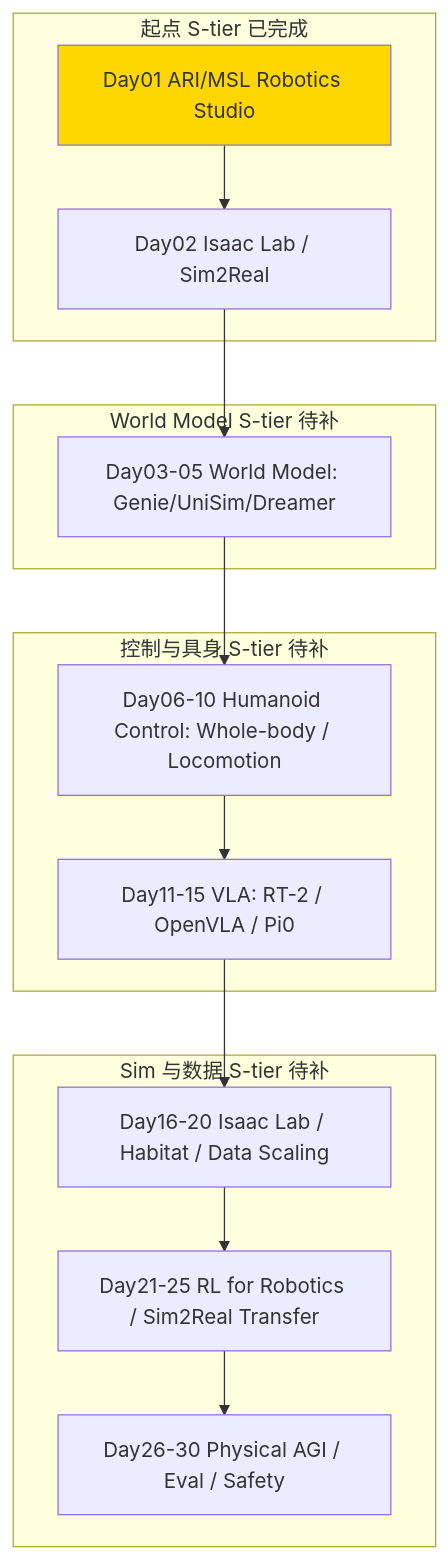
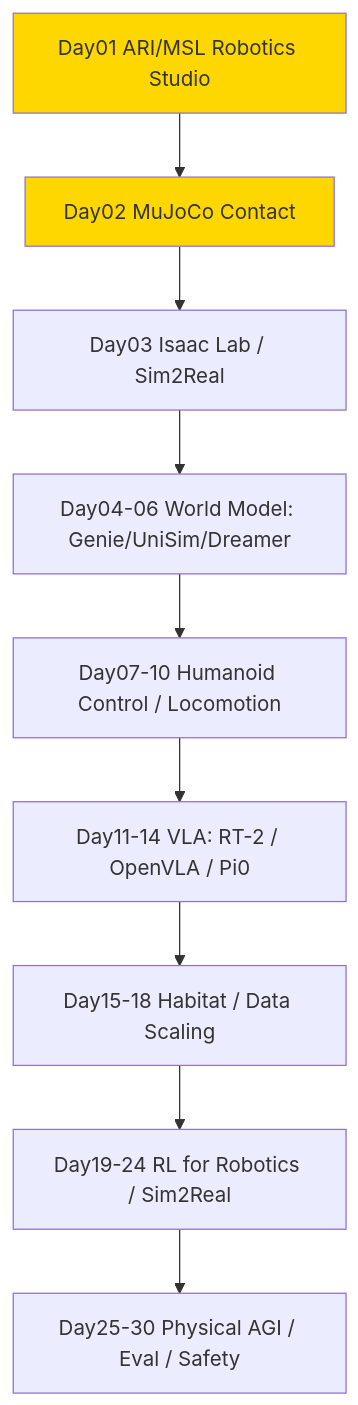
Before and after one commit to Papa-Panda/post-training: the diagram in physical-ai/README.md, drawn with Mermaid. The commit also changed other lines of this file and 5 other files, not shown here.

````diff
--- a/physical-ai/README.md
+++ b/physical-ai/README.md
@@ -25,23 +25,13 @@
 ```mermaid
 graph TD
-  subgraph 起点 S-tier 已完成
-    A[Day01 ARI/MSL Robotics Studio] --> B[Day02 Isaac Lab / Sim2Real]
-  end
-
-  subgraph World Model S-tier 待补
-    B --> C[Day03-05 World Model: Genie/UniSim/Dreamer]
-  end
-
-  subgraph 控制与具身 S-tier 待补
-    C --> D[Day06-10 Humanoid Control: Whole-body / Locomotion]
-    D --> E[Day11-15 VLA: RT-2 / OpenVLA / Pi0]
-  end
-
-  subgraph Sim 与数据 S-tier 待补
-    E --> F[Day16-20 Isaac Lab / Habitat / Data Scaling]
-    F --> G[Day21-25 RL for Robotics / Sim2Real Transfer]
-    G --> H[Day26-30 Physical AGI / Eval / Safety]
-  end
-
+  A[Day01 ARI/MSL Robotics Studio] --> B[Day02 MuJoCo Contact]
+  B --> C[Day03 Isaac Lab / Sim2Real]
+  C --> D[Day04-06 World Model: Genie/UniSim/Dreamer]
+  D --> E[Day07-10 Humanoid Control / Locomotion]
+  E --> F[Day11-14 VLA: RT-2 / OpenVLA / Pi0]
+  F --> G[Day15-18 Habitat / Data Scaling]
+  G --> H[Day19-24 RL for Robotics / Sim2Real]
+  H --> I[Day25-30 Physical AGI / Eval / Safety]
   style A fill:#ffd700
+  style B fill:#ffd700
 ```
````
